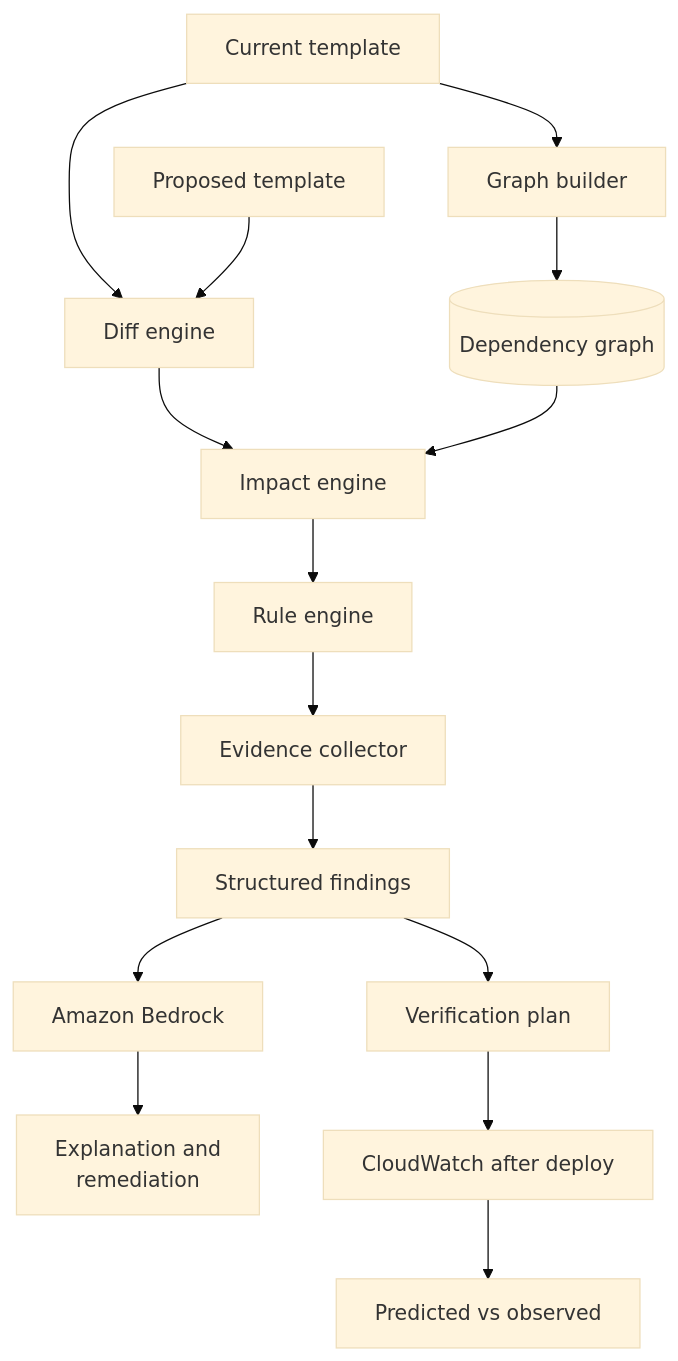
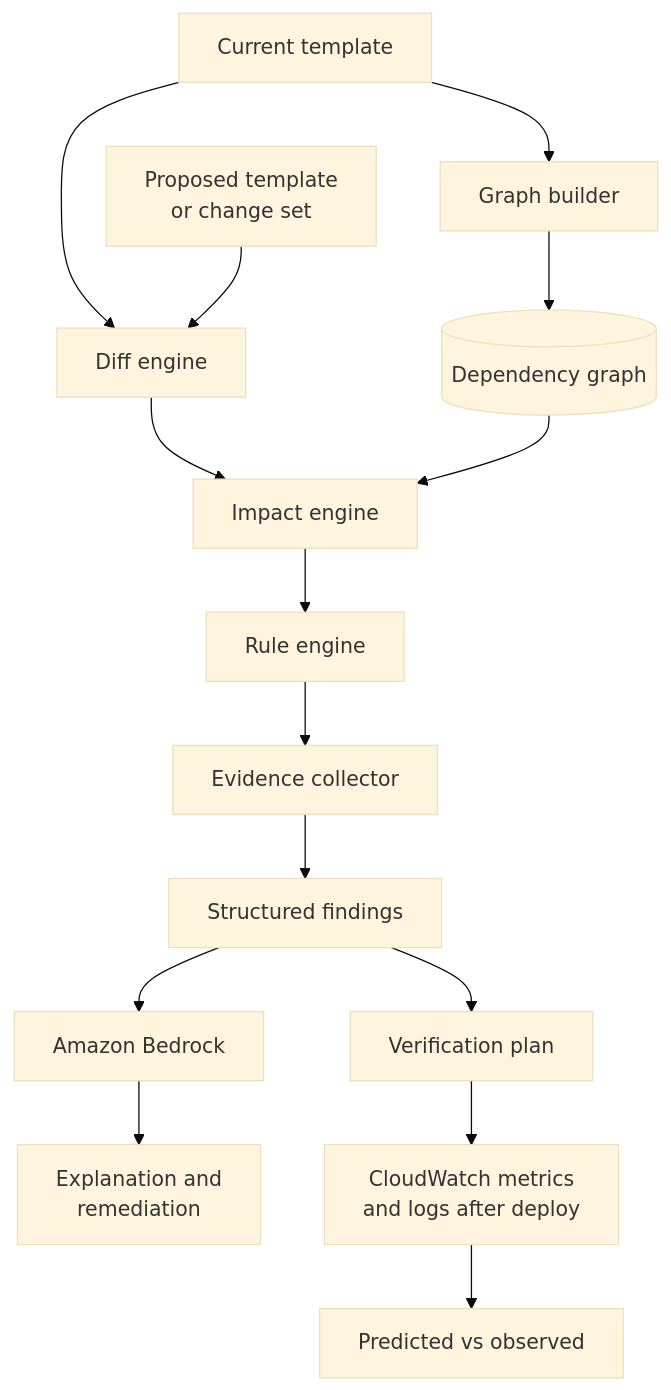
The second of 4 diagrams in README.md (gowtham472/adi), drawn with Mermaid (base theme) before and after one commit. The commit also changed other lines of this file and 2 other files, not shown here.

````diff
--- a/README.md
+++ b/README.md
@@ -31,17 +31,17 @@
 ```mermaid
 flowchart TD
     T1[Current template] --> D[Diff engine]
-    T2[Proposed template] --> D
+    T2[Proposed template<br/>or change set] --> D
     T1 --> G[Graph builder]
     G --> GR[(Dependency graph)]
     D --> I[Impact engine]
     GR --> I
     I --> R[Rule engine]
     R --> EV[Evidence collector]
     EV --> F[Structured findings]
     F --> B[Amazon Bedrock]
     B --> EX[Explanation and<br/>remediation]
     F --> V[Verification plan]
-    V --> CW[CloudWatch after deploy]
+    V --> CW[CloudWatch metrics<br/>and logs after deploy]
     CW --> C[Predicted vs observed]
 ```
````
